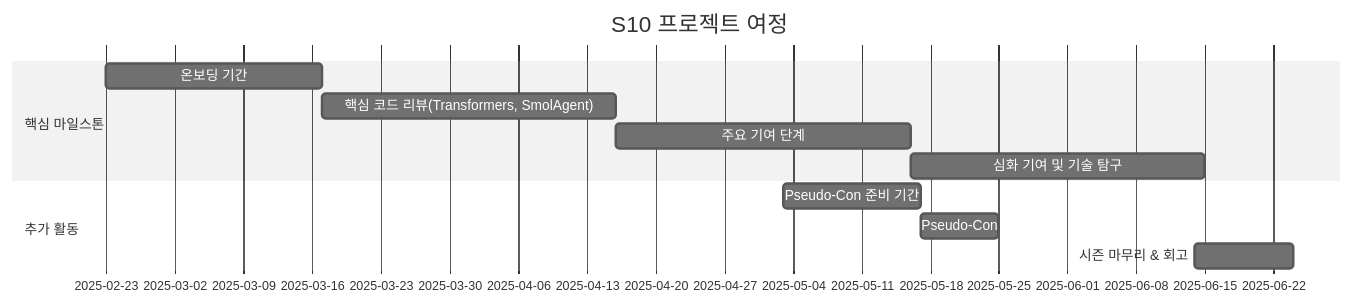
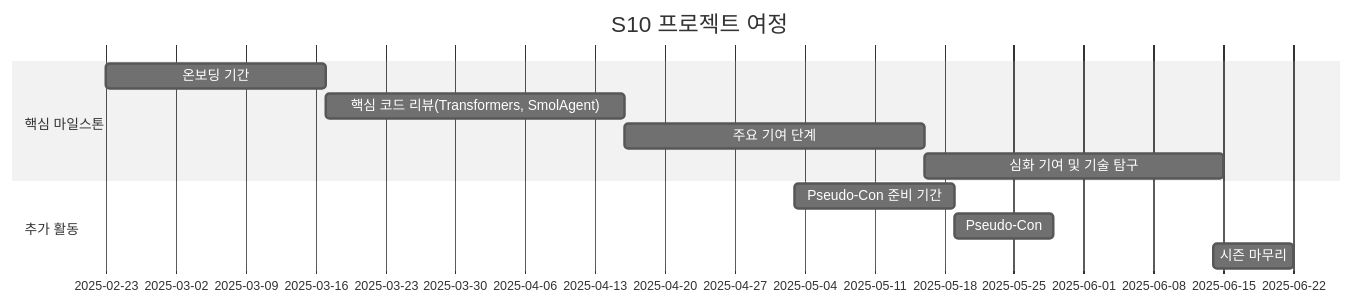
The diagram in README_ko.md (Pseudo-Lab/Hugging-Face-Beyond-First-PR), drawn with Mermaid (neutral theme) before and after one commit. The commit also changed other lines of this file, not shown here.

````diff
--- a/README_ko.md
+++ b/README_ko.md
@@ -48,13 +48,13 @@
 ```mermaid
 gantt
     title S10 프로젝트 여정
     section 핵심 마일스톤
     온보딩 기간          :a1, 2025-02-23, 22d
     핵심 코드 리뷰(Transformers, SmolAgent)        :a2, after a1, 30d
     주요 기여 단계               :a3, after a2, 30d
     심화 기여 및 기술 탐구        :a4, after a3, 30d
     section 추가 활동
-    Pseudo-Con 준비 기간         :b1, 2025-05-03, 14d
-    Pseudo-Con                   :b2, after b1, 8d
-    시즌 마무리 & 회고           :2025-06-14, 10d
+    Pseudo-Con 준비 기간         :b1, 2025-05-03, 16d
+    Pseudo-Con                   :b2, after b1, 10d
+    시즌 마무리           :2025-06-14, 8d
 ```
````
